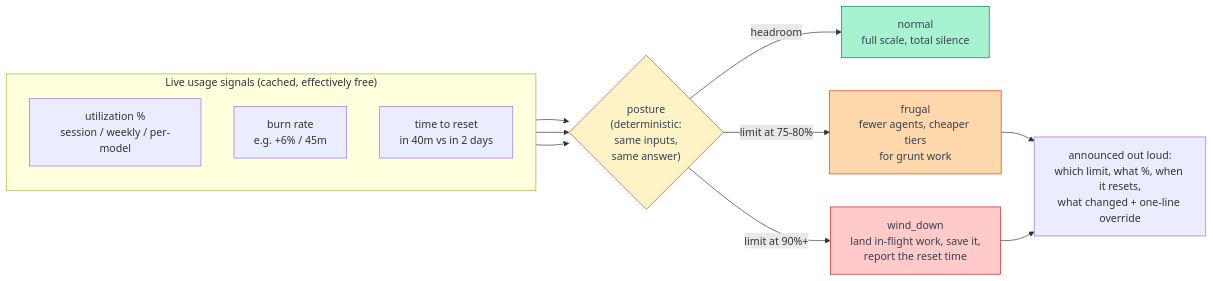
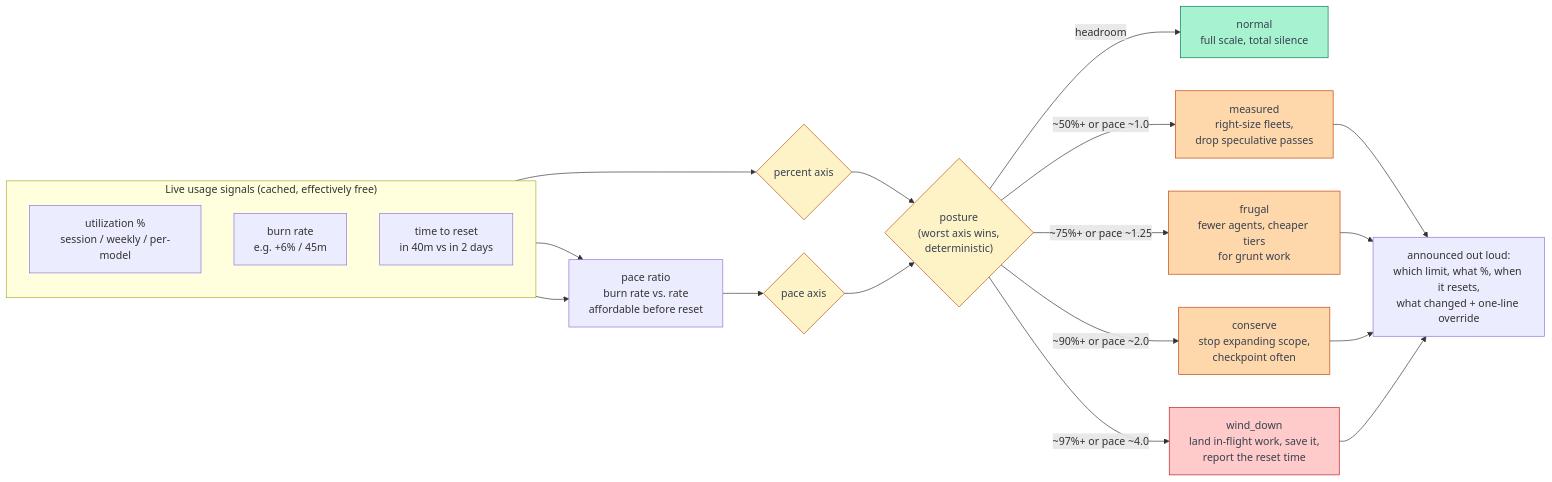
Before and after one commit to johnlawrimore/usage-governor: the diagram in README.md, drawn with Mermaid. The commit also changed other lines of this file and 6 other files, not shown here.

````diff
--- a/README.md
+++ b/README.md
@@ -95,35 +103,52 @@
 ```mermaid
 flowchart LR
     subgraph signals["Live usage signals (cached, effectively free)"]
         direction TB
         pct["utilization %<br>session / weekly / per-model"]
         burn["burn rate<br>e.g. +6% / 45m"]
         reset["time to reset<br>in 40m vs in 2 days"]
     end
 
-    posture{"posture<br>(deterministic:<br>same inputs,<br>same answer)"}
-    pct --> posture
-    burn --> posture
-    reset --> posture
+    burn --> pace["pace ratio<br>burn rate vs. rate<br>affordable before reset"]
+    reset --> pace
+
+    pctAxis{"percent axis"}
+    paceAxis{"pace axis"}
+    pct --> pctAxis
+    pace --> paceAxis
+
+    posture{"posture<br>(worst axis wins,<br>deterministic)"}
+    pctAxis --> posture
+    paceAxis --> posture
 
     normal["normal<br>full scale, total silence"]
+    measured["measured<br>right-size fleets,<br>drop speculative passes"]
     frugal["frugal<br>fewer agents, cheaper tiers<br>for grunt work"]
+    conserve["conserve<br>stop expanding scope,<br>checkpoint often"]
     wind["wind_down<br>land in-flight work, save it,<br>report the reset time"]
 
     posture -->|headroom| normal
-    posture -->|"limit at 75-80%"| frugal
-    posture -->|"limit at 90%+"| wind
+    posture -->|"~50%+ or pace ~1.0"| measured
+    posture -->|"~75%+ or pace ~1.25"| frugal
+    posture -->|"~90%+ or pace ~2.0"| conserve
+    posture -->|"~97%+ or pace ~4.0"| wind
 
     announce["announced out loud:<br>which limit, what %, when it resets,<br>what changed + one-line override"]
+    measured --> announce
     frugal --> announce
+    conserve --> announce
     wind --> announce
 
     classDef success fill:#a7f3d0,stroke:#047857,color:#374151
     classDef decision fill:#fef3c7,stroke:#b45309,color:#374151
     classDef trigger fill:#fed7aa,stroke:#c2410c,color:#374151
     classDef error fill:#fecaca,stroke:#b91c1c,color:#374151
     normal:::success
     posture:::decision
+    pctAxis:::decision
+    paceAxis:::decision
+    measured:::trigger
     frugal:::trigger
+    conserve:::trigger
     wind:::error
 ```
````
